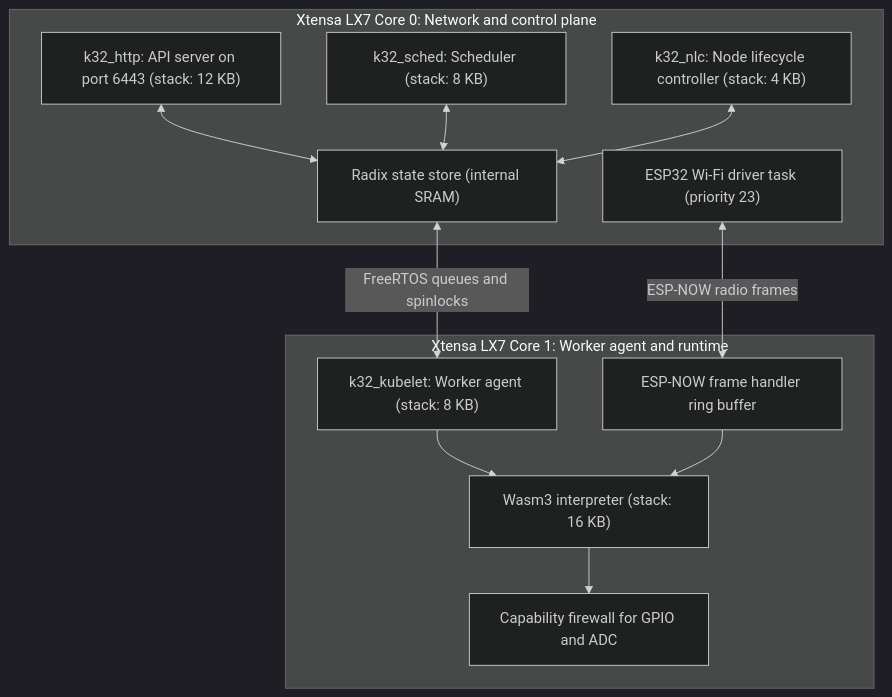
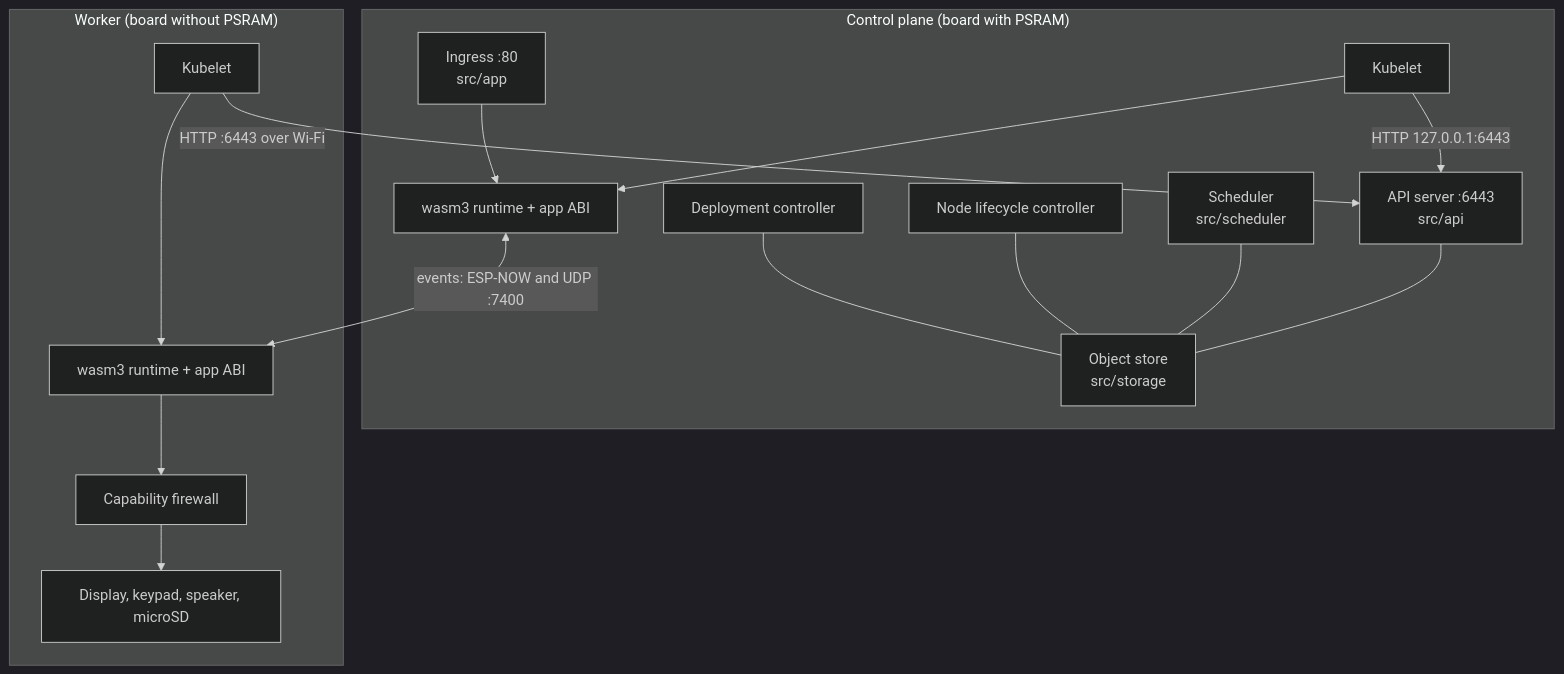
One commit to arterialist/kube32 changed the diagram in docs/architecture/index.md. Above: the diagram before and after it, drawn with Mermaid (dark theme). The commit also changed other lines of this file and 54 other files, not shown here.

````diff
--- a/docs/architecture/index.md
+++ b/docs/architecture/index.md
@@ -17,28 +13,30 @@
 ```mermaid
-graph TB
-    subgraph Core0["Xtensa LX7 Core 0: Network and control plane"]
-        WIFI_DRIVER["ESP32 Wi-Fi driver task (priority 23)"]
-        HTTP_SRV["k32_http: API server on port 6443 (stack: 12 KB)"]
-        SCHED["k32_sched: Scheduler (stack: 8 KB)"]
-        NLC["k32_nlc: Node lifecycle controller (stack: 4 KB)"]
-        RADIX["Radix state store (internal SRAM)"]
-
-        HTTP_SRV <--> RADIX
-        SCHED <--> RADIX
-        NLC <--> RADIX
+flowchart TB
+    subgraph CP["Control plane (board with PSRAM)"]
+        API["API server :6443<br/>src/api"]
+        STORE["Object store<br/>src/storage"]
+        SCHED["Scheduler<br/>src/scheduler"]
+        NLC["Node lifecycle controller"]
+        DEP["Deployment controller"]
+        KL1["Kubelet"]
+        RT1["wasm3 runtime + app ABI"]
+        ING["Ingress :80<br/>src/app"]
+        API --- STORE
+        SCHED --- STORE
+        NLC --- STORE
+        DEP --- STORE
+        KL1 -->|HTTP 127.0.0.1:6443| API
+        KL1 --> RT1
+        ING --> RT1
     end
-
-    subgraph Core1["Xtensa LX7 Core 1: Worker agent and runtime"]
-        KUBELET["k32_kubelet: Worker agent (stack: 8 KB)"]
-        WASM_VM["Wasm3 interpreter (stack: 16 KB)"]
-        FIREWALL["Capability firewall for GPIO and ADC"]
-        IPC_RX["ESP-NOW frame handler ring buffer"]
-
-        KUBELET --> WASM_VM
-        WASM_VM --> FIREWALL
-        IPC_RX --> WASM_VM
+    subgraph WK["Worker (board without PSRAM)"]
+        KL2["Kubelet"]
+        RT2["wasm3 runtime + app ABI"]
+        FW["Capability firewall"]
+        HW["Display, keypad, speaker, microSD"]
+        KL2 --> RT2
+        RT2 --> FW --> HW
     end
-
-    RADIX <-->|"FreeRTOS queues and spinlocks"| KUBELET
-    WIFI_DRIVER <-->|"ESP-NOW radio frames"| IPC_RX
+    KL2 -->|HTTP :6443 over Wi-Fi| API
+    RT1 <-->|"events: ESP-NOW and UDP :7400"| RT2
 ```
````
